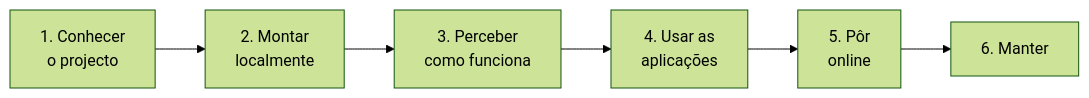
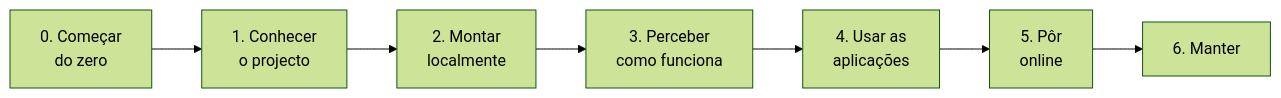
The diagram in docs/README.md (transportmozambique/Transport-Mozambique), drawn with Mermaid (forest theme) before and after one commit. The commit also changed other lines of this file and 33 other files, not shown here.

````diff
--- a/docs/README.md
+++ b/docs/README.md
@@ -19,4 +23,4 @@
 ```mermaid
 flowchart LR
-  P1["1. Conhecer<br/>o projecto"] --> P2["2. Montar<br/>localmente"] --> P3["3. Perceber<br/>como funciona"] --> P4["4. Usar as<br/>aplicações"] --> P5["5. Pôr<br/>online"] --> P6["6. Manter"]
+  P0["0. Começar<br/>do zero"] --> P1["1. Conhecer<br/>o projecto"] --> P2["2. Montar<br/>localmente"] --> P3["3. Perceber<br/>como funciona"] --> P4["4. Usar as<br/>aplicações"] --> P5["5. Pôr<br/>online"] --> P6["6. Manter"]
 ```
````
